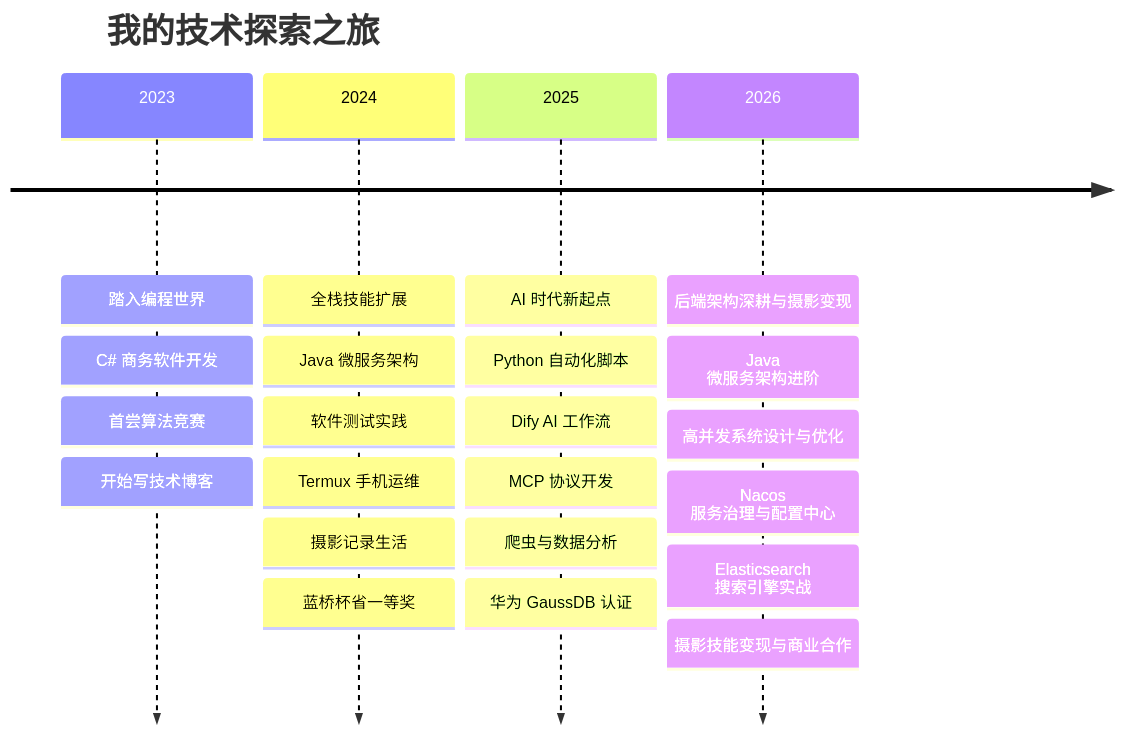
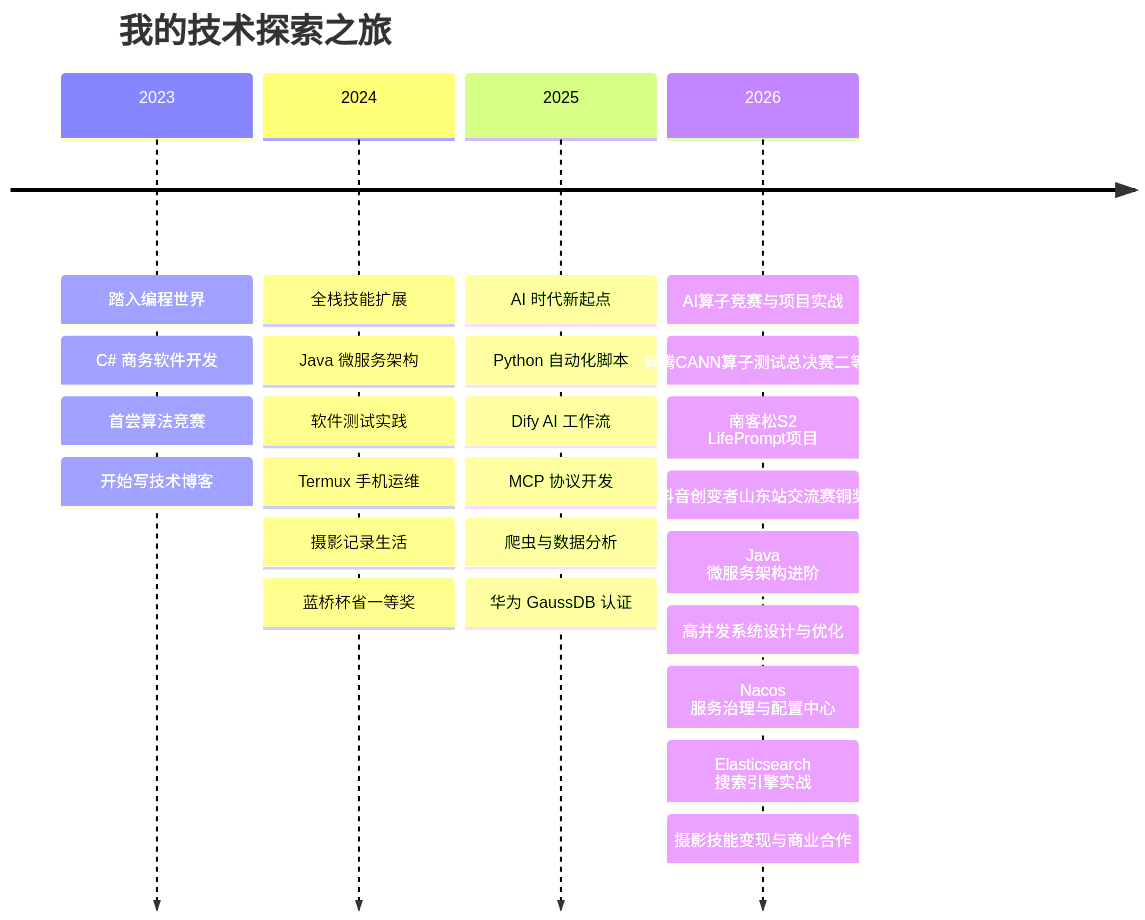
One commit to lggyx/lggyx changed the diagram in README.md. Above: the diagram before and after it, drawn with Mermaid. The commit also changed other lines of this file, not shown here.

````diff
--- a/README.md
+++ b/README.md
@@ -72,26 +80,29 @@
 ```mermaid
 timeline
     title 我的技术探索之旅
     2023 : 踏入编程世界
          : C# 商务软件开发
          : 首尝算法竞赛
          : 开始写技术博客
     2024 : 全栈技能扩展
          : Java 微服务架构
          : 软件测试实践
          : Termux 手机运维
          : 摄影记录生活
          : 蓝桥杯省一等奖
     2025 : AI 时代新起点
          : Python 自动化脚本
          : Dify AI 工作流
          : MCP 协议开发
          : 爬虫与数据分析
          : 华为 GaussDB 认证
-    2026 : 后端架构深耕与摄影变现
+    2026 : AI算子竞赛与项目实战
+         : 昇腾CANN算子测试总决赛二等奖
+         : 南客松S2 LifePrompt项目
+         : 抖音创变者山东站交流赛铜奖
          : Java 微服务架构进阶
          : 高并发系统设计与优化
          : Nacos 服务治理与配置中心
          : Elasticsearch 搜索引擎实战
          : 摄影技能变现与商业合作
 ```
````
